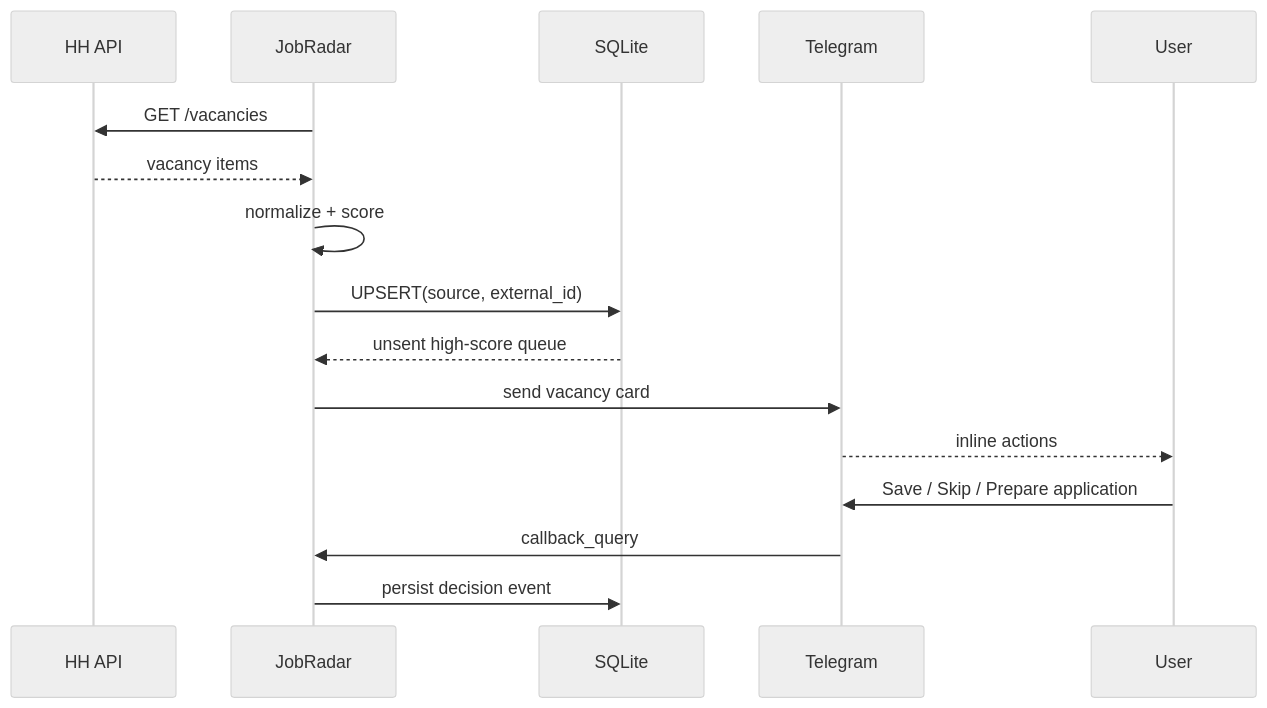
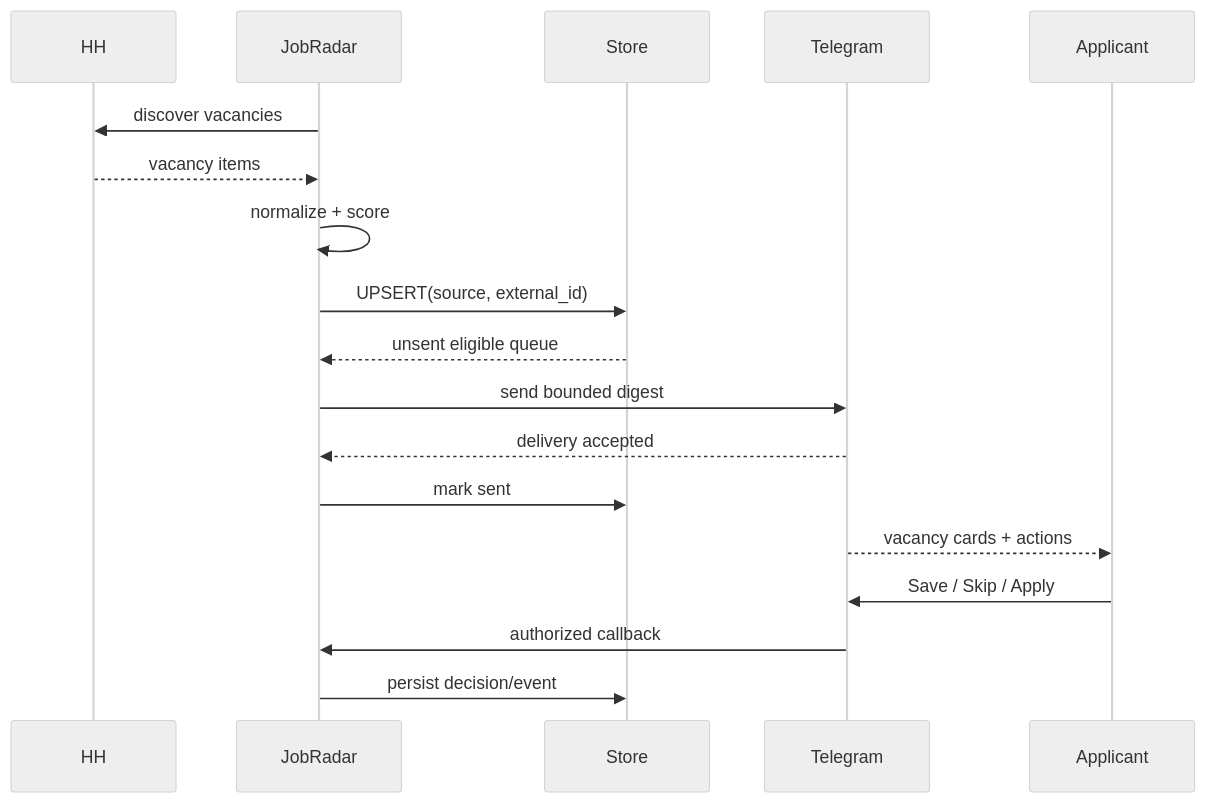
The second of 4 diagrams in ARCHITECTURE.md (blsoo/jobradar-vacancy-intelligence), drawn with Mermaid (neutral theme) before and after one commit. The commit also changed other lines of this file, not shown here.

Commit message:
Refresh JobRadar architecture to current runtime

````diff
--- a/ARCHITECTURE.md
+++ b/ARCHITECTURE.md
@@ -24,19 +56,21 @@
 ```mermaid
 sequenceDiagram
-    participant H as HH API
+    participant H as HH
     participant J as JobRadar
-    participant DB as SQLite
+    participant DB as Store
     participant T as Telegram
-    participant U as User
+    participant U as Applicant
 
-    J->>H: GET /vacancies
+    J->>H: discover vacancies
     H-->>J: vacancy items
     J->>J: normalize + score
     J->>DB: UPSERT(source, external_id)
-    DB-->>J: unsent high-score queue
-    J->>T: send vacancy card
-    T-->>U: inline actions
-    U->>T: Save / Skip / Prepare application
-    T->>J: callback_query
-    J->>DB: persist decision event
+    DB-->>J: unsent eligible queue
+    J->>T: send bounded digest
+    T-->>J: delivery accepted
+    J->>DB: mark sent
+    T-->>U: vacancy cards + actions
+    U->>T: Save / Skip / Apply
+    T->>J: authorized callback
+    J->>DB: persist decision/event
 ```
````
